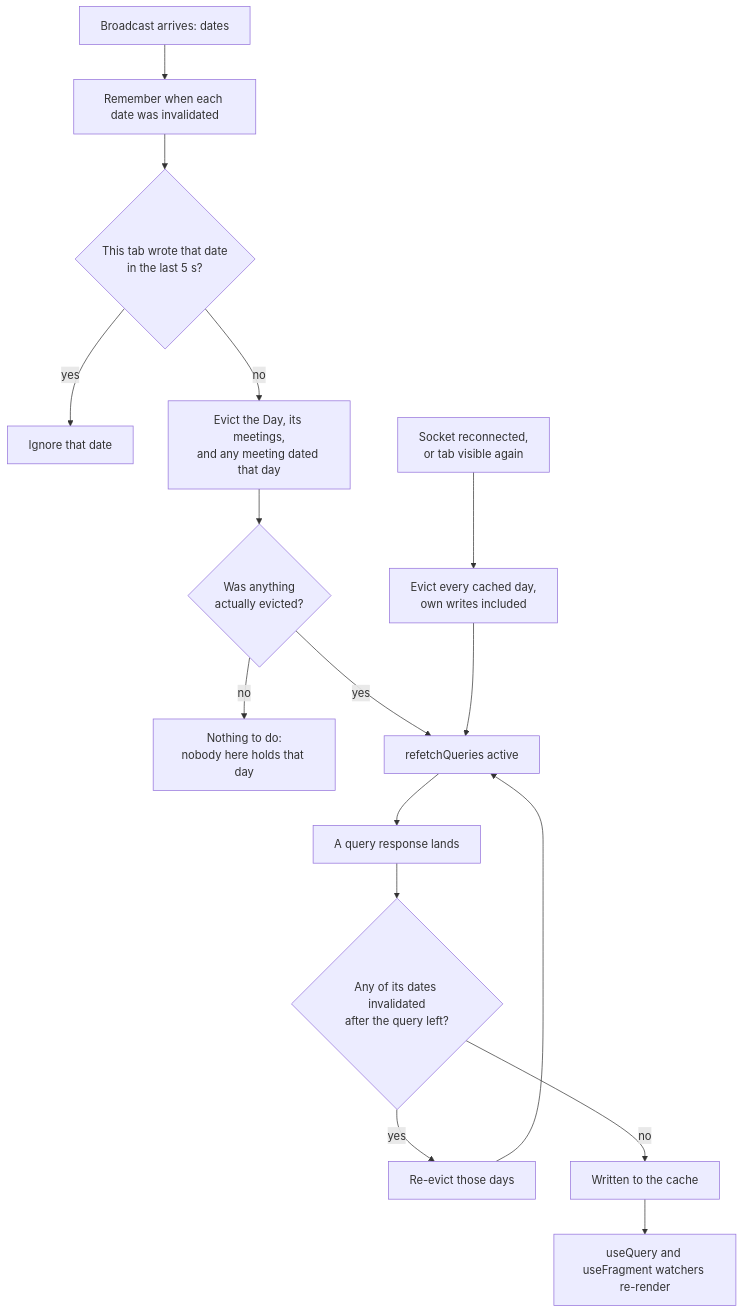
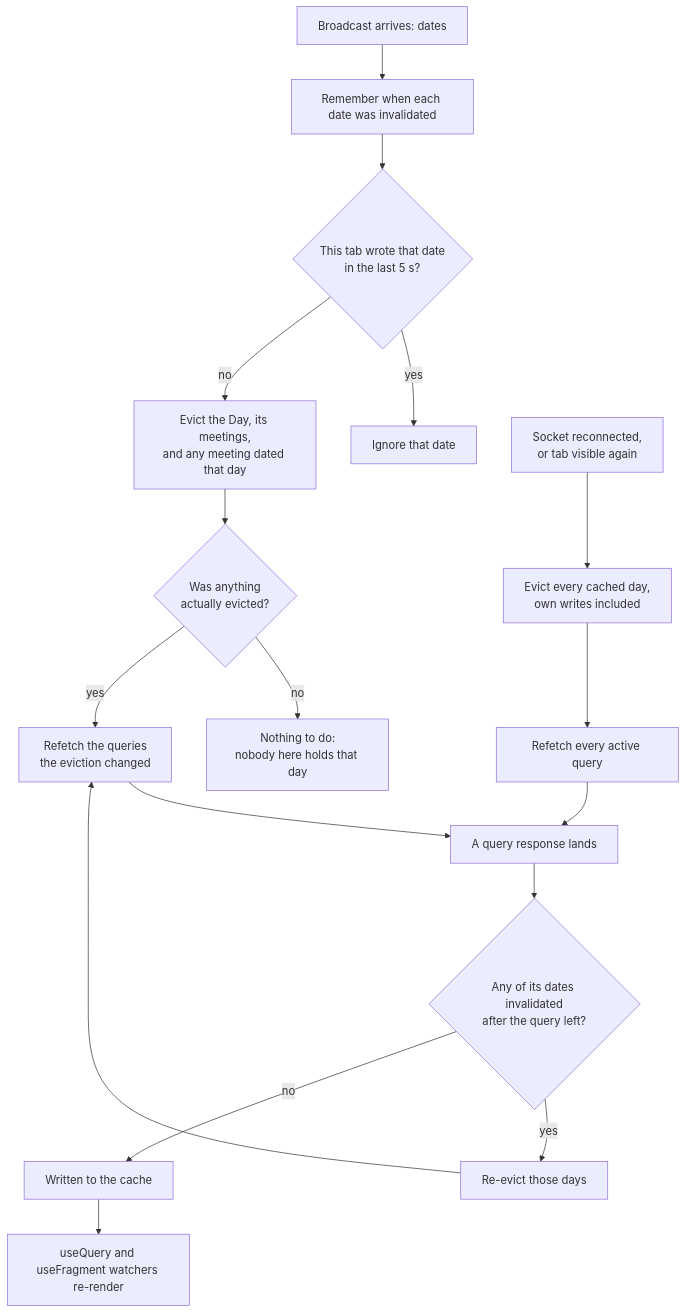
Before and after one commit to geoffweatherall/mootmaker: the sixth of 7 diagrams in docs/showcase/live-updates-talk.md, drawn with Mermaid. The commit also changed other lines of this file and 2 other files, not shown here.

First line of the commit message:
Describe targeted refetch and merge-on-refetch in the live-updates docs

````diff
--- a/docs/showcase/live-updates-talk.md
+++ b/docs/showcase/live-updates-talk.md
@@ -737,19 +756,20 @@
 ```mermaid
 flowchart TD
   BC["Broadcast arrives: dates"] --> REC["Remember when each date was invalidated"]
   REC --> OWN{"This tab wrote that date<br/>in the last 5 s?"}
   OWN -- yes --> SKIP["Ignore that date"]
   OWN -- no --> EV["Evict the Day, its meetings,<br/>and any meeting dated that day"]
   EV --> ANY{"Was anything<br/>actually evicted?"}
   ANY -- no --> NOOP["Nothing to do:<br/>nobody here holds that day"]
-  ANY -- yes --> RF["refetchQueries active"]
+  ANY -- yes --> RFA["Refetch the queries<br/>the eviction changed"]
 
   RV["Socket reconnected,<br/>or tab visible again"] --> ALL["Evict every cached day,<br/>own writes included"]
-  ALL --> RF
+  ALL --> RF["Refetch every active query"]
 
-  RF --> RS["A query response lands"]
+  RFA --> RS["A query response lands"]
+  RF --> RS
   RS --> RACE{"Any of its dates invalidated<br/>after the query left?"}
-  RACE -- yes --> EV2["Re-evict those days"] --> RF
+  RACE -- yes --> EV2["Re-evict those days"] --> RFA
   RACE -- no --> W["Written to the cache"]
   W --> R["useQuery and useFragment watchers re-render"]
 ```
````
